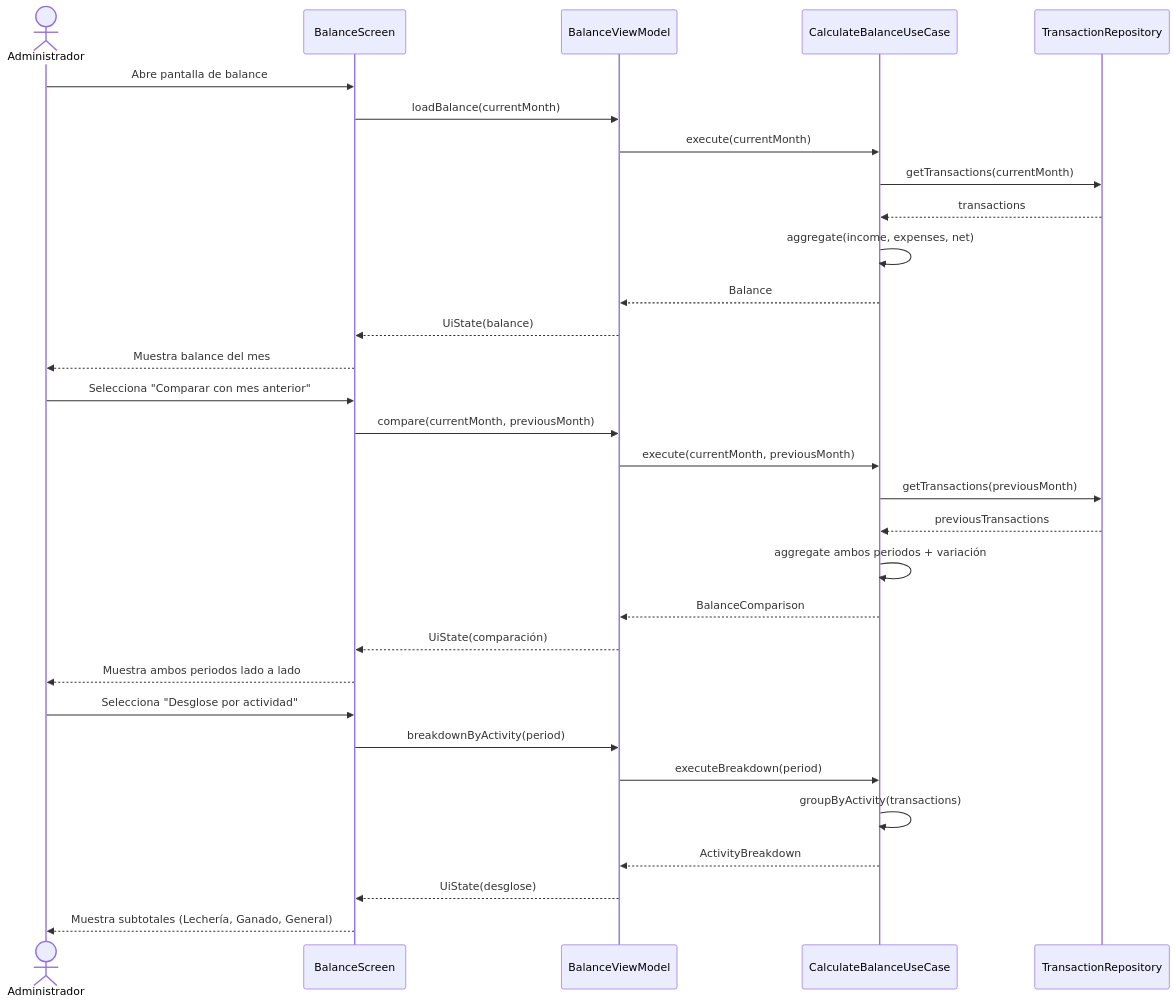
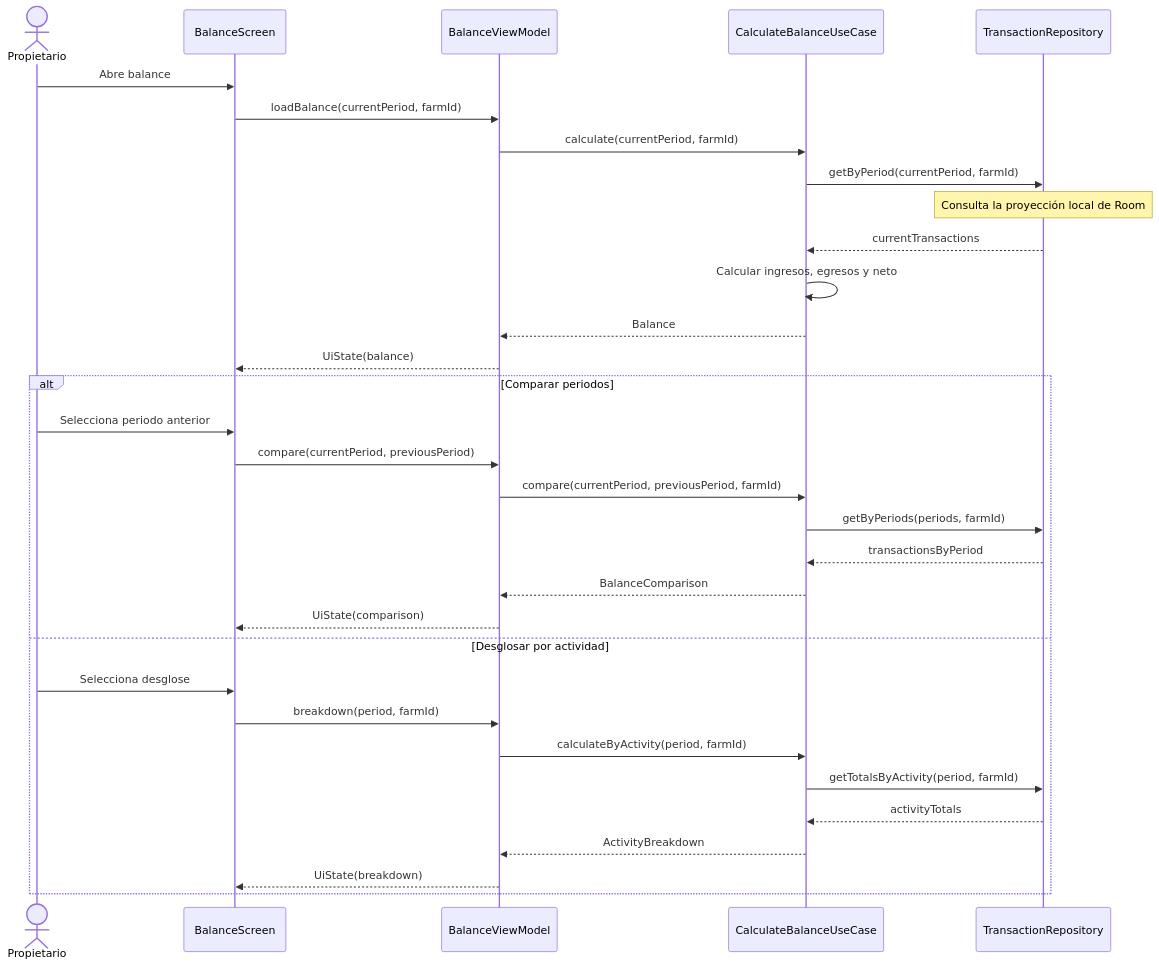
One commit to PUJ-ICM-1131/SGE changed the second of 11 diagrams in docs/3-casos-uso-uml/diagramas_secuencia.md. Above: the diagram before and after it, drawn with Mermaid. The commit also changed other lines of this file and 1 other file, not shown here.

Commit message:
diagramas de secuencia y actividad

````diff
--- a/docs/3-casos-uso-uml/diagramas_secuencia.md
+++ b/docs/3-casos-uso-uml/diagramas_secuencia.md
@@ -57,36 +72,35 @@
 ```mermaid
 sequenceDiagram
-    actor Admin as Administrador
-    participant Screen as BalanceScreen
+    actor Propietario
+    participant UI as BalanceScreen
     participant VM as BalanceViewModel
     participant UC as CalculateBalanceUseCase
     participant Repo as TransactionRepository
 
-    Admin->>Screen: Abre pantalla de balance
-    Screen->>VM: loadBalance(currentMonth)
-    VM->>UC: execute(currentMonth)
-    UC->>Repo: getTransactions(currentMonth)
-    Repo-->>UC: transactions
-    UC->>UC: aggregate(income, expenses, net)
+    Propietario->>UI: Abre balance
+    UI->>VM: loadBalance(currentPeriod, farmId)
+    VM->>UC: calculate(currentPeriod, farmId)
+    UC->>Repo: getByPeriod(currentPeriod, farmId)
+    Note over Repo: Consulta la proyección local de Room
+    Repo-->>UC: currentTransactions
+    UC->>UC: Calcular ingresos, egresos y neto
     UC-->>VM: Balance
-    VM-->>Screen: UiState(balance)
-    Screen-->>Admin: Muestra balance del mes
-
-    Admin->>Screen: Selecciona "Comparar con mes anterior"
-    Screen->>VM: compare(currentMonth, previousMonth)
-    VM->>UC: execute(currentMonth, previousMonth)
-    UC->>Repo: getTransactions(previousMonth)
-    Repo-->>UC: previousTransactions
-    UC->>UC: aggregate ambos periodos + variación
-    UC-->>VM: BalanceComparison
-    VM-->>Screen: UiState(comparación)
-    Screen-->>Admin: Muestra ambos periodos lado a lado
-
-    Admin->>Screen: Selecciona "Desglose por actividad"
-    Screen->>VM: breakdownByActivity(period)
-    VM->>UC: executeBreakdown(period)
-    UC->>UC: groupByActivity(transactions)
-    UC-->>VM: ActivityBreakdown
-    VM-->>Screen: UiState(desglose)
-    Screen-->>Admin: Muestra subtotales (Lechería, Ganado, General)
+    VM-->>UI: UiState(balance)
+    alt Comparar periodos
+        Propietario->>UI: Selecciona periodo anterior
+        UI->>VM: compare(currentPeriod, previousPeriod)
+        VM->>UC: compare(currentPeriod, previousPeriod, farmId)
+        UC->>Repo: getByPeriods(periods, farmId)
+        Repo-->>UC: transactionsByPeriod
+        UC-->>VM: BalanceComparison
+        VM-->>UI: UiState(comparison)
+    else Desglosar por actividad
+        Propietario->>UI: Selecciona desglose
+        UI->>VM: breakdown(period, farmId)
+        VM->>UC: calculateByActivity(period, farmId)
+        UC->>Repo: getTotalsByActivity(period, farmId)
+        Repo-->>UC: activityTotals
+        UC-->>VM: ActivityBreakdown
+        VM-->>UI: UiState(breakdown)
+    end
 ```
````
